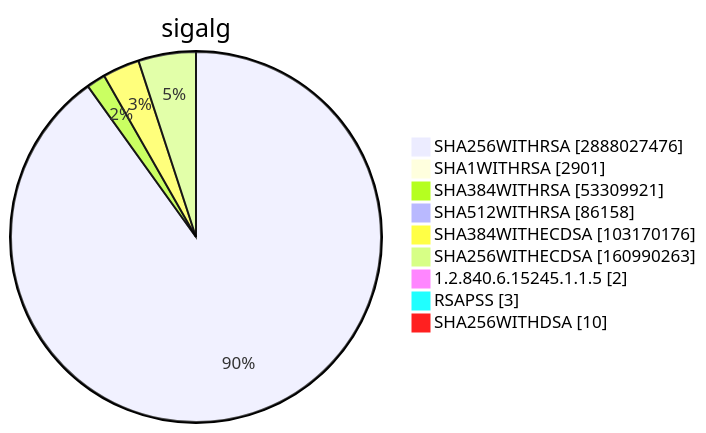
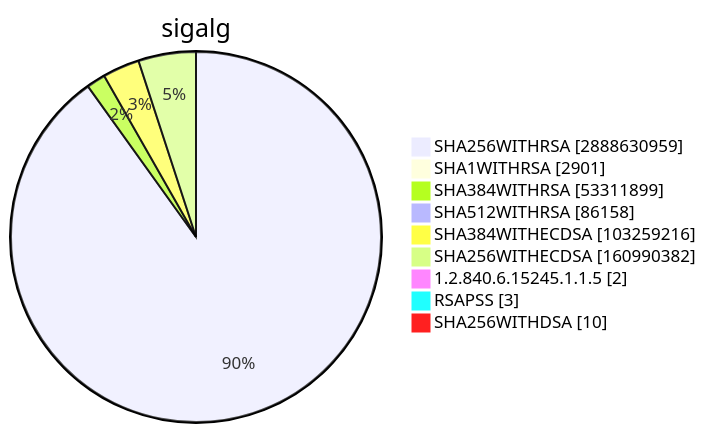
One commit to christiankrug/ctmonitor_visualization changed diagram 15 of 15 in TOTAL/README.md. Above: the diagram before and after it, drawn with Mermaid. The commit also changed other lines of this file, not shown here.

````diff
--- a/TOTAL/README.md
+++ b/TOTAL/README.md
@@ -6207,13 +6207,13 @@
 ```mermaid
 pie showData
 title sigalg
-"SHA256WITHRSA" :2888027476
+"SHA256WITHRSA" :2888630959
 "SHA1WITHRSA" :2901
-"SHA384WITHRSA" :53309921
+"SHA384WITHRSA" :53311899
 "SHA512WITHRSA" :86158
-"SHA384WITHECDSA" :103170176
-"SHA256WITHECDSA" :160990263
+"SHA384WITHECDSA" :103259216
+"SHA256WITHECDSA" :160990382
 "1.2.840.6.15245.1.1.5" :2
 "RSAPSS" :3
 "SHA256WITHDSA" :10
 ```
````
